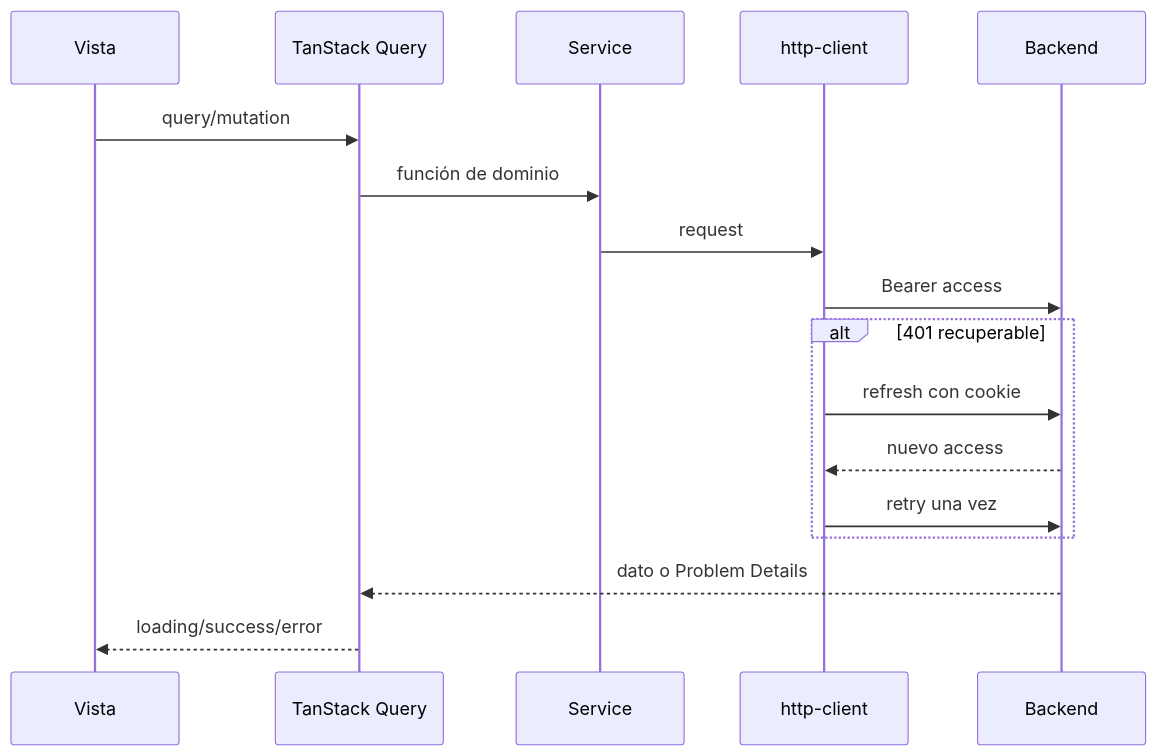
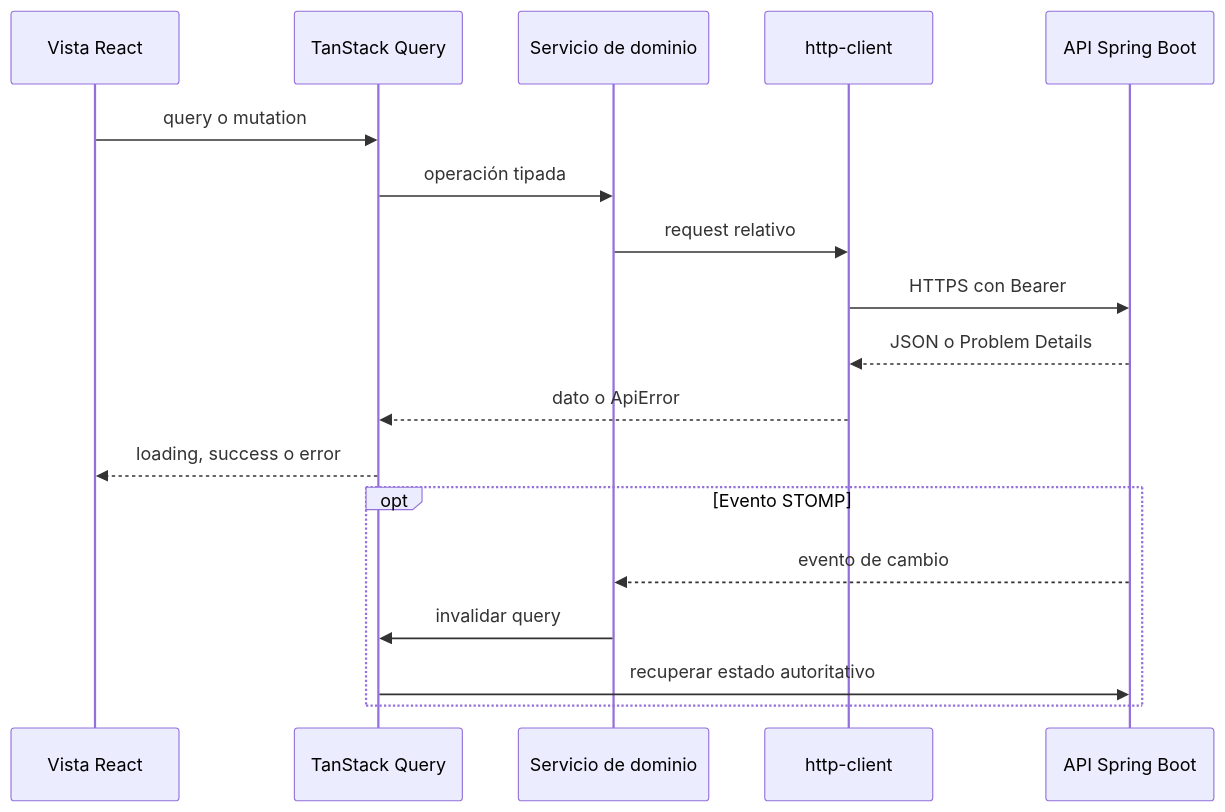
One commit to lisudea/technical-test-2026-2 changed the fourth of 9 diagrams in lisource-frontend/docs/02-arquitectura-frontend.md. Above: the diagram before and after it, drawn with Mermaid. The commit also changed other lines of this file and 8 other files, not shown here.

````diff
--- a/lisource-frontend/docs/02-arquitectura-frontend.md
+++ b/lisource-frontend/docs/02-arquitectura-frontend.md
@@ -48,19 +63,20 @@
 ```mermaid
 sequenceDiagram
-  participant V as Vista
+  participant V as Vista React
   participant Q as TanStack Query
-  participant S as Service
+  participant S as Servicio de dominio
   participant H as http-client
-  participant B as Backend
-  V->>Q: query/mutation
-  Q->>S: función de dominio
-  S->>H: request
-  H->>B: Bearer access
-  alt 401 recuperable
-    H->>B: refresh con cookie
-    B-->>H: nuevo access
-    H->>B: retry una vez
+  participant B as API Spring Boot
+  V->>Q: query o mutation
+  Q->>S: operación tipada
+  S->>H: request relativo
+  H->>B: HTTPS con Bearer
+  B-->>H: JSON o Problem Details
+  H-->>Q: dato o ApiError
+  Q-->>V: loading, success o error
+  opt Evento STOMP
+    B-->>S: evento de cambio
+    S->>Q: invalidar query
+    Q->>B: recuperar estado autoritativo
   end
-  B-->>Q: dato o Problem Details
-  Q-->>V: loading/success/error
 ```
````
